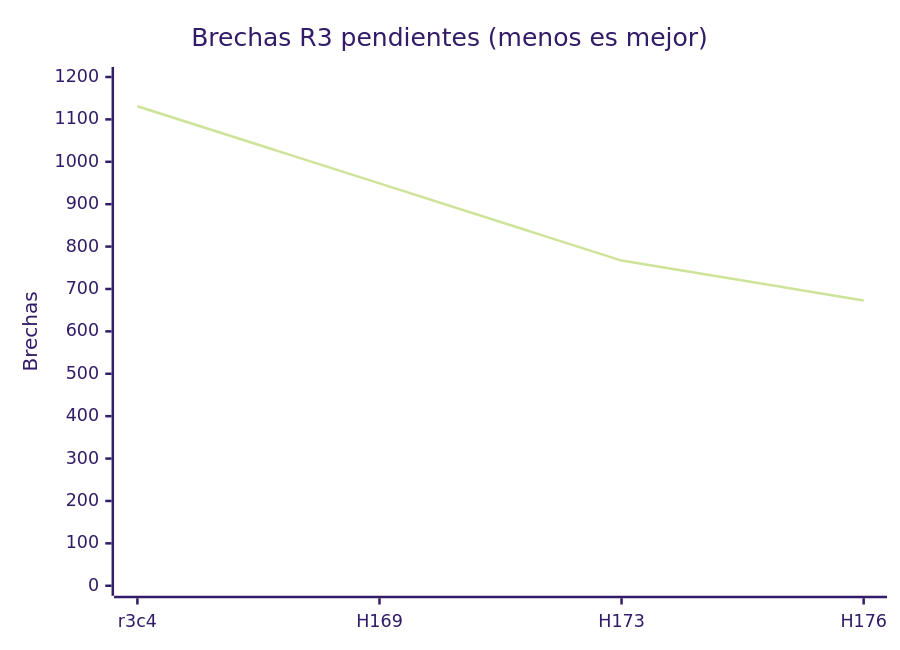
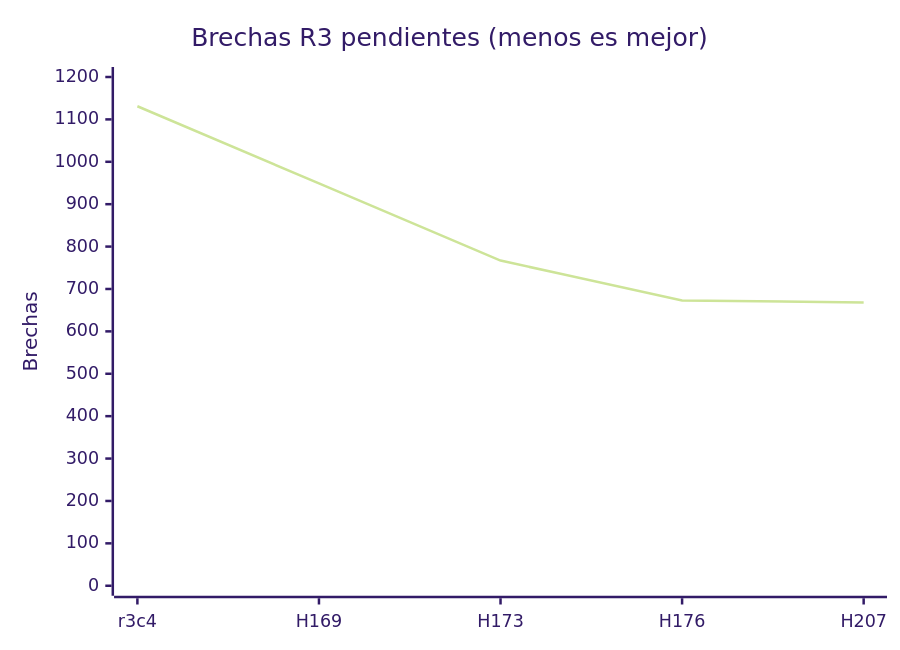
The first of 2 diagrams in README.md (jmbigi/thinker), drawn with Mermaid (forest theme) before and after one commit. The commit also changed other lines of this file and 9 other files, not shown here.

````diff
--- a/README.md
+++ b/README.md
@@ -401,7 +401,7 @@
 ```mermaid
 xychart-beta
     title "Brechas R3 pendientes (menos es mejor)"
-    x-axis ["r3c4", "H169", "H173", "H176"]
+    x-axis ["r3c4", "H169", "H173", "H176", "H207"]
     y-axis "Brechas" 0 --> 1200
-    line [1131, 949, 767, 673]
+    line [1131, 949, 767, 673, 668]
 ```
````
